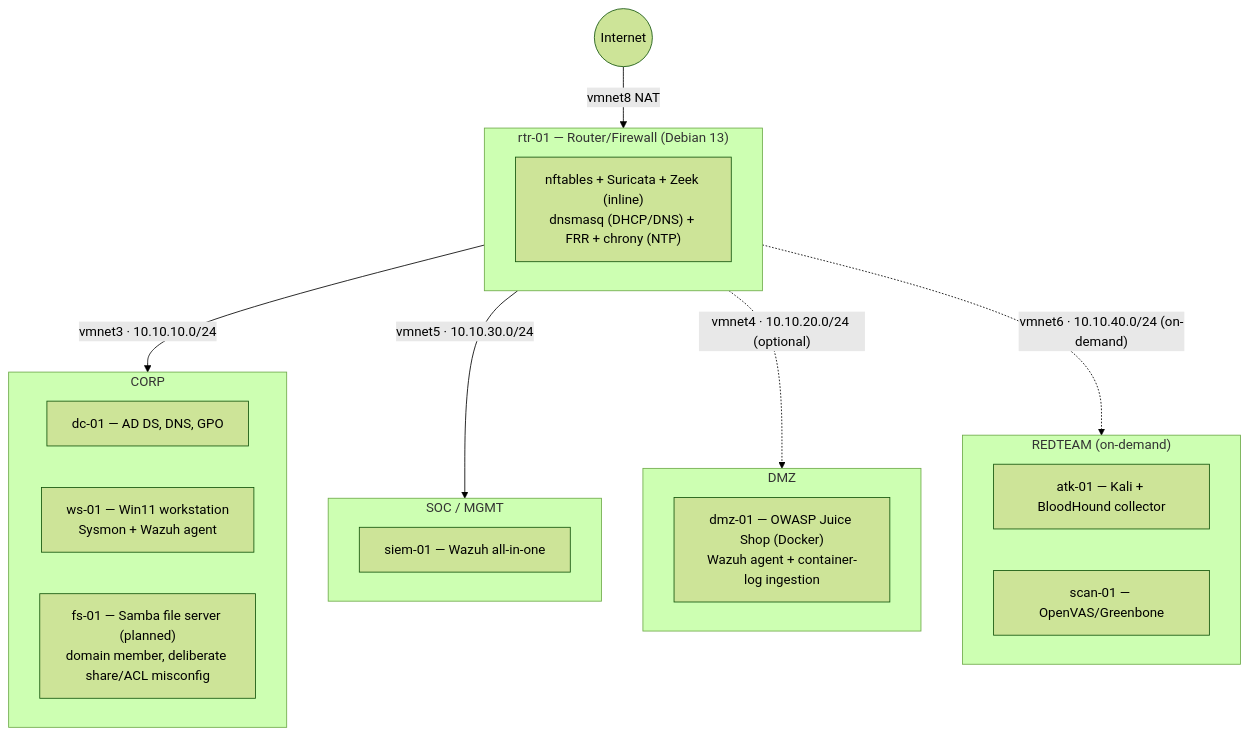
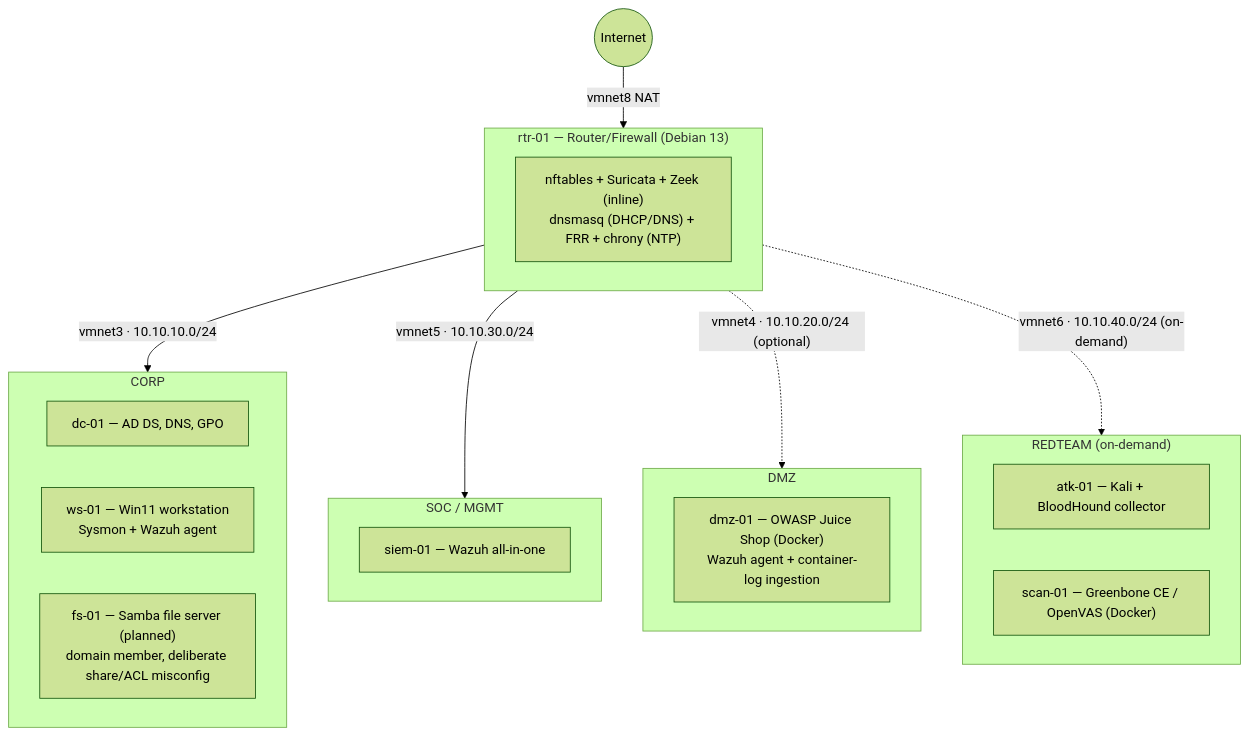
Before and after one commit to tohudgins/Homelab: the diagram in README.md, drawn with Mermaid (forest theme). The commit also changed other lines of this file and 15 other files, not shown here.

````diff
--- a/README.md
+++ b/README.md
@@ -9,31 +9,31 @@
 ```mermaid
 flowchart TB
     WAN(("Internet")) -->|vmnet8 NAT| RTR
     subgraph RTR["rtr-01 — Router/Firewall (Debian 13)"]
         FW["nftables + Suricata + Zeek (inline)
 dnsmasq (DHCP/DNS) + FRR + chrony (NTP)"]
     end
     RTR -->|"vmnet3 · 10.10.10.0/24"| CORP
     RTR -->|"vmnet5 · 10.10.30.0/24"| SOC
     RTR -.->|"vmnet4 · 10.10.20.0/24 (optional)"| DMZ
     RTR -.->|"vmnet6 · 10.10.40.0/24 (on-demand)"| RED
 
     subgraph CORP["CORP"]
         DC["dc-01 — AD DS, DNS, GPO"]
         WS["ws-01 — Win11 workstation
 Sysmon + Wazuh agent"]
         FS["fs-01 — Samba file server (planned)
 domain member, deliberate share/ACL misconfig"]
     end
     subgraph SOC["SOC / MGMT"]
         SIEM["siem-01 — Wazuh all-in-one"]
     end
     subgraph DMZ["DMZ"]
         DMZH["dmz-01 — OWASP Juice Shop (Docker)
 Wazuh agent + container-log ingestion"]
     end
     subgraph RED["REDTEAM (on-demand)"]
         ATK["atk-01 — Kali + BloodHound collector"]
-        SCAN["scan-01 — OpenVAS/Greenbone"]
+        SCAN["scan-01 — Greenbone CE / OpenVAS (Docker)"]
     end
 ```
````
